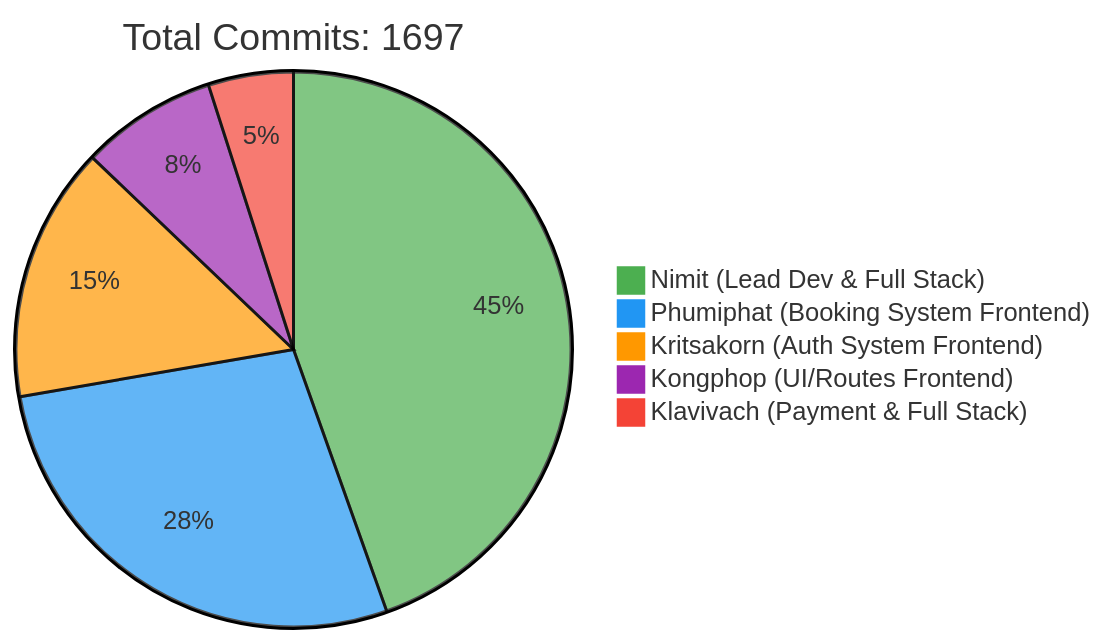
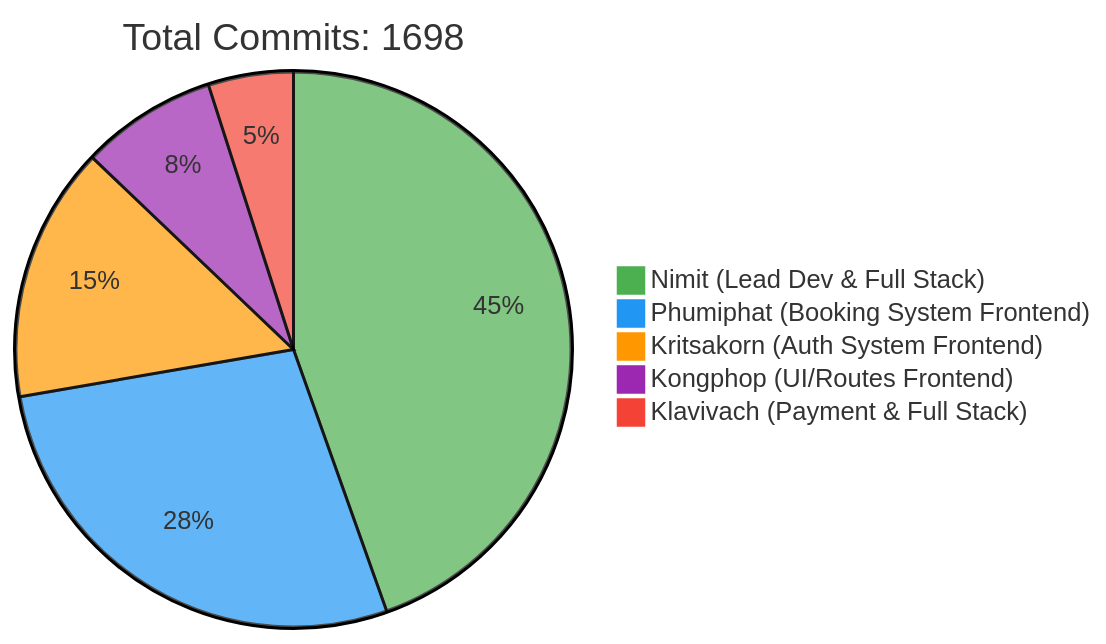
Before and after one commit to 6531503042/Sport-Complex: the first of 2 diagrams in README.md, drawn with Mermaid. The commit also changed other lines of this file, not shown here.

Commit message:
docs: Update contributor statistics [skip ci]

````diff
--- a/README.md
+++ b/README.md
@@ -257,10 +257,10 @@
 ```mermaid
 %%{init: {'theme': 'base', 'themeVariables': { 'pie1': '#4CAF50', 'pie2': '#2196F3', 'pie3': '#FF9800', 'pie4': '#9C27B0', 'pie5': '#F44336'}}}%%
 pie
-    title Total Commits: 1697
+    title Total Commits: 1698
     "Nimit (Lead Dev & Full Stack)" : 450
     "Phumiphat (Booking System Frontend)" : 280
     "Kritsakorn (Auth System Frontend)" : 150
     "Kongphop (UI/Routes Frontend)" : 80
     "Klavivach (Payment & Full Stack)" : 50
 ```
````
